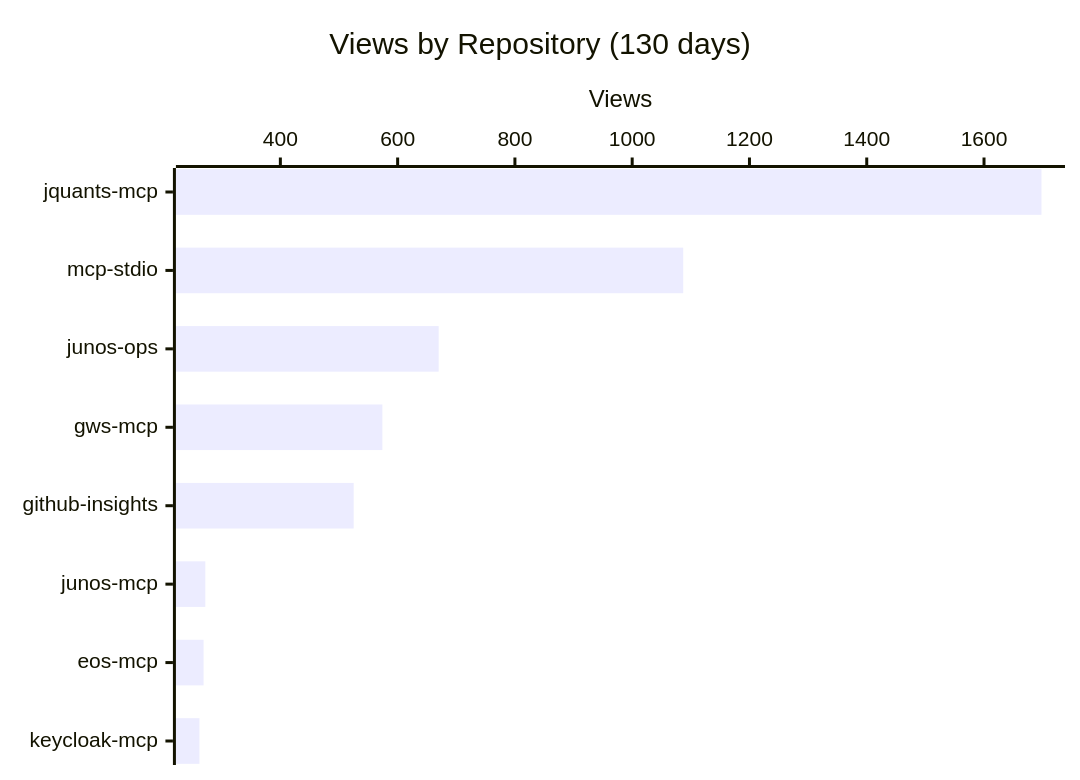
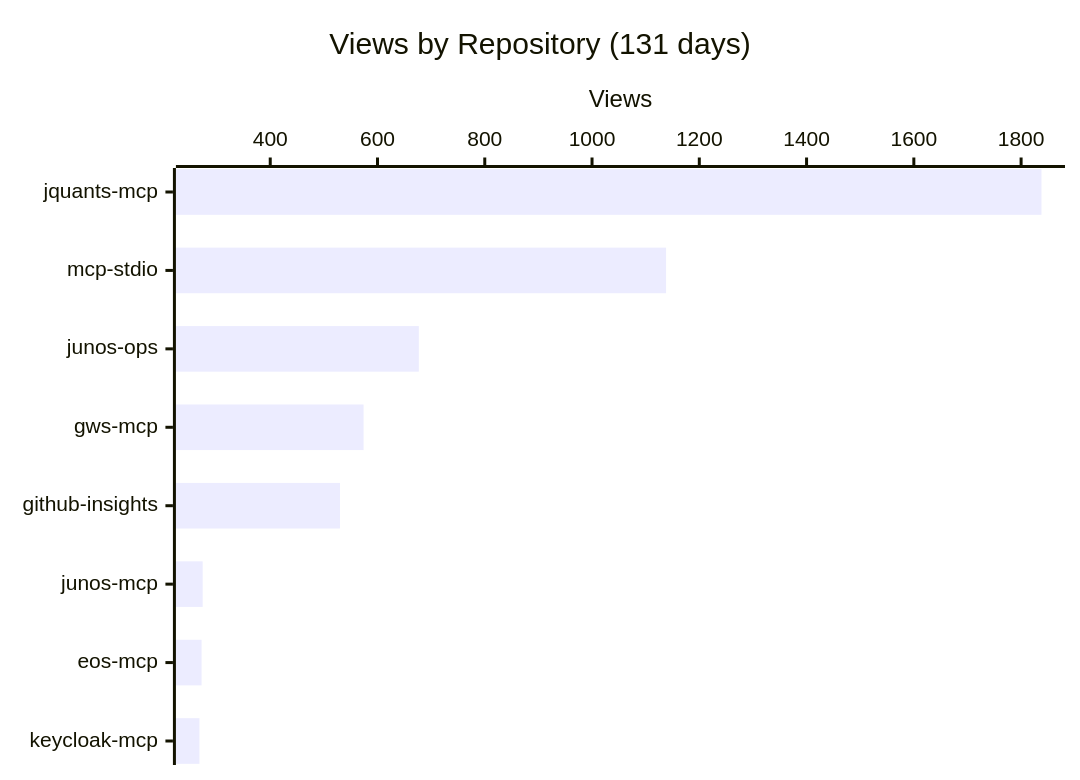
One commit to shigechika/github-insights changed the first of 4 diagrams in README.md. Above: the diagram before and after it, drawn with Mermaid. The commit also changed other lines of this file and 2 other files, not shown here.

````diff
--- a/README.md
+++ b/README.md
@@ -18,7 +18,7 @@
 ```mermaid
 xychart-beta horizontal
-    title "Views by Repository (130 days)"
+    title "Views by Repository (131 days)"
     x-axis ["jquants-mcp", "mcp-stdio", "junos-ops", "gws-mcp", "github-insights", "junos-mcp", "eos-mcp", "keycloak-mcp"]
     y-axis "Views"
-    bar [1698, 1087, 670, 574, 525, 272, 269, 262]
+    bar [1838, 1138, 677, 574, 530, 274, 272, 268]
 ```
````
